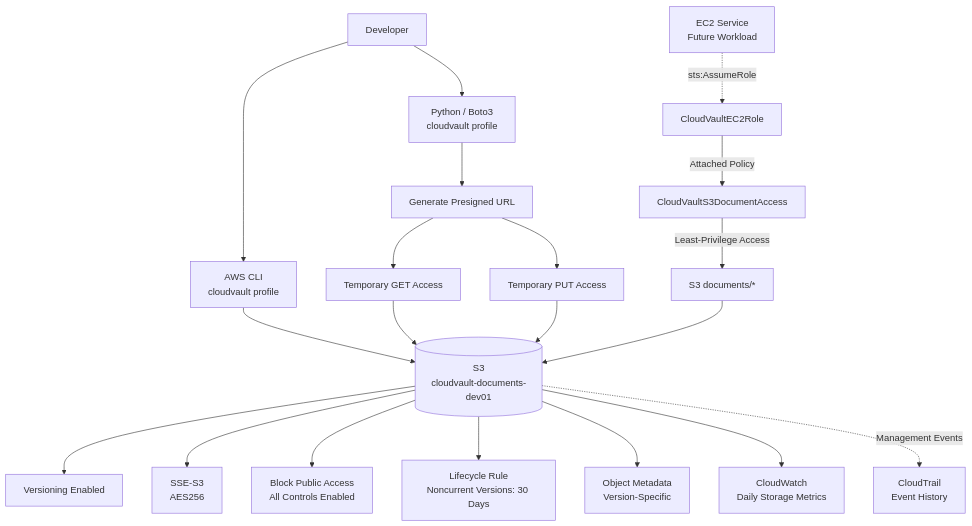
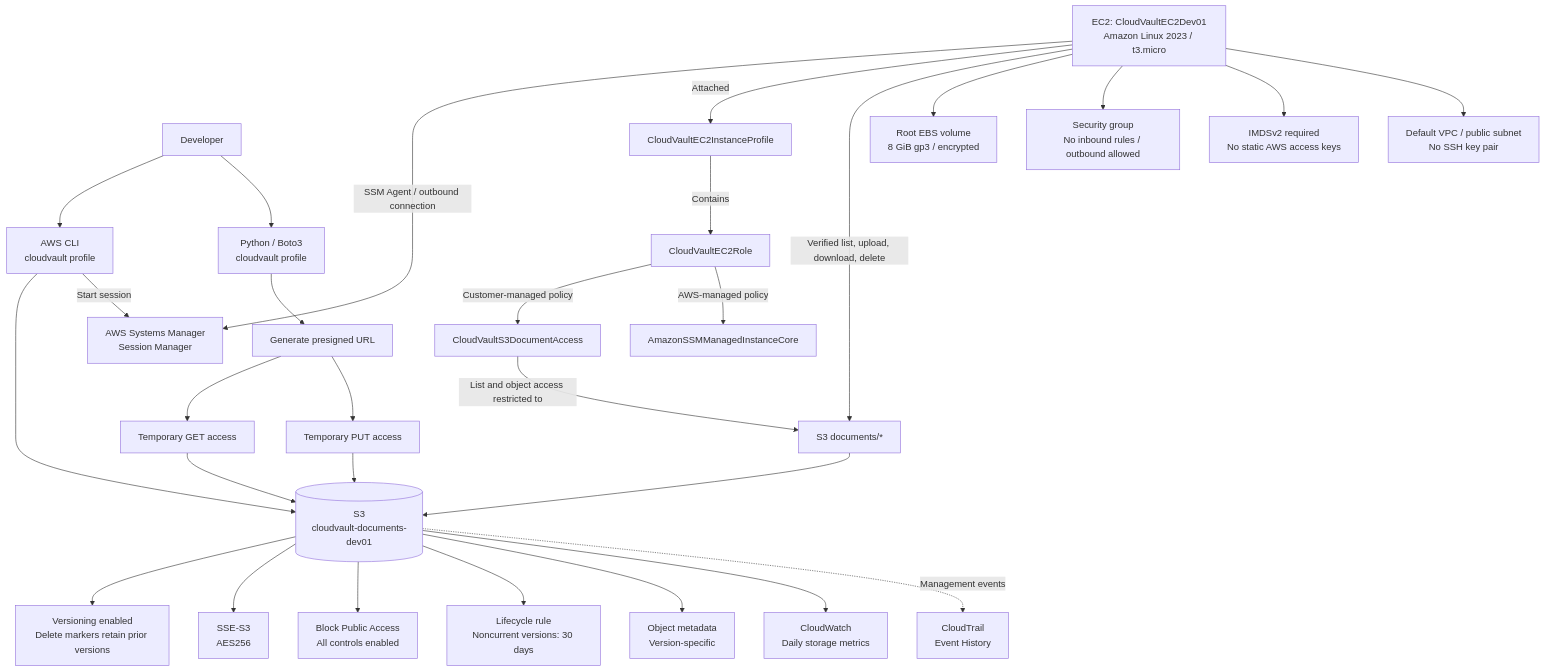
One commit to Nadleeh-coder/aws-cloudvault changed the diagram in docs/architecture/cloudvault-current-state.mmd. Above: the diagram before and after it, drawn with Mermaid. The commit also changed 2 other files, not shown here.

Commit message:
docs(phase-2): document EC2 setup and S3 integration tests (#3)

```diff
--- a/docs/architecture/cloudvault-current-state.mmd
+++ b/docs/architecture/cloudvault-current-state.mmd
@@ -1,24 +1,38 @@
 flowchart TD
     DEV[Developer] --> CLI[AWS CLI<br/>cloudvault profile]
     CLI --> S3[(S3<br/>cloudvault-documents-dev01)]
 
-    EC2[EC2 Service<br/>Future Workload] -. sts:AssumeRole .-> ROLE[CloudVaultEC2Role]
-    ROLE -->|Attached Policy| POLICY[CloudVaultS3DocumentAccess]
-    POLICY -->|Least-Privilege Access| PREFIX[S3 documents/*]
+    %% Deployed Phase 2 EC2 workload and access path
+    CLI -->|Start session| SSM[AWS Systems Manager<br/>Session Manager]
+    EC2[EC2: CloudVaultEC2Dev01<br/>Amazon Linux 2023 / t3.micro]
+    EC2 -->|SSM Agent / outbound connection| SSM
+    EC2 -->|Attached| PROFILE[CloudVaultEC2InstanceProfile]
+    PROFILE -->|Contains| ROLE[CloudVaultEC2Role]
+    ROLE -->|Customer-managed policy| POLICY[CloudVaultS3DocumentAccess]
+    ROLE -->|AWS-managed policy| SSMPOL[AmazonSSMManagedInstanceCore]
+    POLICY -->|List and object access restricted to| PREFIX[S3 documents/*]
+    EC2 -->|Verified list, upload, download, delete| PREFIX
     PREFIX --> S3
 
-    S3 --> VER[Versioning Enabled]
+    %% Current EC2 configuration
+    EC2 --> ROOT[Root EBS volume<br/>8 GiB gp3 / encrypted]
+    EC2 --> SG[Security group<br/>No inbound rules / outbound allowed]
+    EC2 --> META2[IMDSv2 required<br/>No static AWS access keys]
+    EC2 --> NET[Default VPC / public subnet<br/>No SSH key pair]
+
+    %% Existing Phase 1 S3 controls and access workflows
+    S3 --> VER[Versioning enabled<br/>Delete markers retain prior versions]
     S3 --> ENC[SSE-S3<br/>AES256]
-    S3 --> BPA[Block Public Access<br/>All Controls Enabled]
-    S3 --> LIFE[Lifecycle Rule<br/>Noncurrent Versions: 30 Days]
-    S3 --> META[Object Metadata<br/>Version-Specific]
+    S3 --> BPA[Block Public Access<br/>All controls enabled]
+    S3 --> LIFE[Lifecycle rule<br/>Noncurrent versions: 30 days]
+    S3 --> META[Object metadata<br/>Version-specific]
 
     DEV --> SDK[Python / Boto3<br/>cloudvault profile]
-    SDK --> PRESIGN[Generate Presigned URL]
-    PRESIGN --> GET[Temporary GET Access]
-    PRESIGN --> PUT[Temporary PUT Access]
+    SDK --> PRESIGN[Generate presigned URL]
+    PRESIGN --> GET[Temporary GET access]
+    PRESIGN --> PUT[Temporary PUT access]
     GET --> S3
     PUT --> S3
 
-    S3 --> CW[CloudWatch<br/>Daily Storage Metrics]
-    S3 -. Management Events .-> CT[CloudTrail<br/>Event History]
+    S3 --> CW[CloudWatch<br/>Daily storage metrics]
+    S3 -. Management events .-> CT[CloudTrail<br/>Event History]
```
